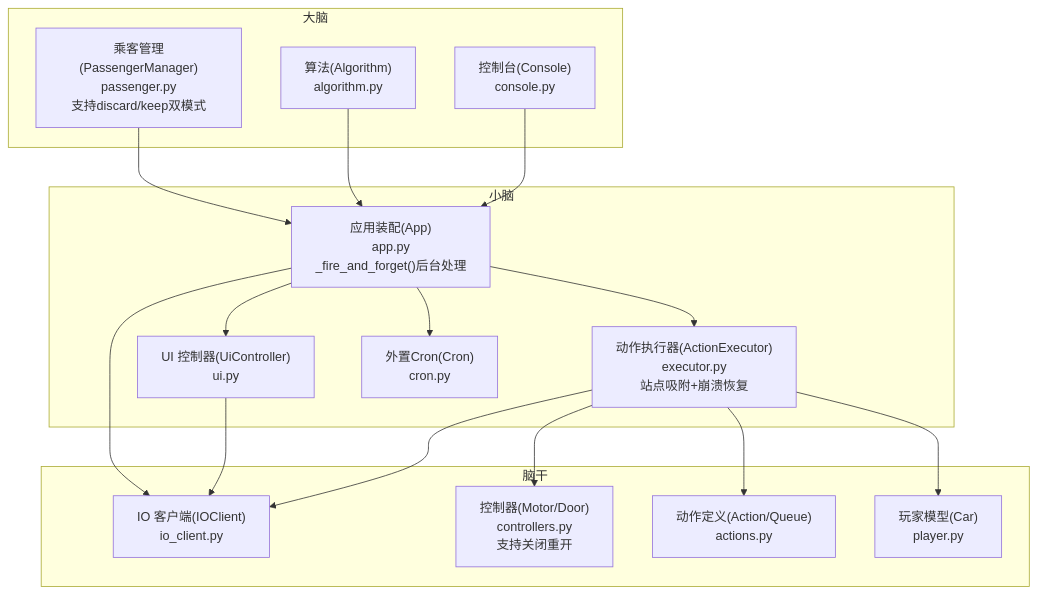
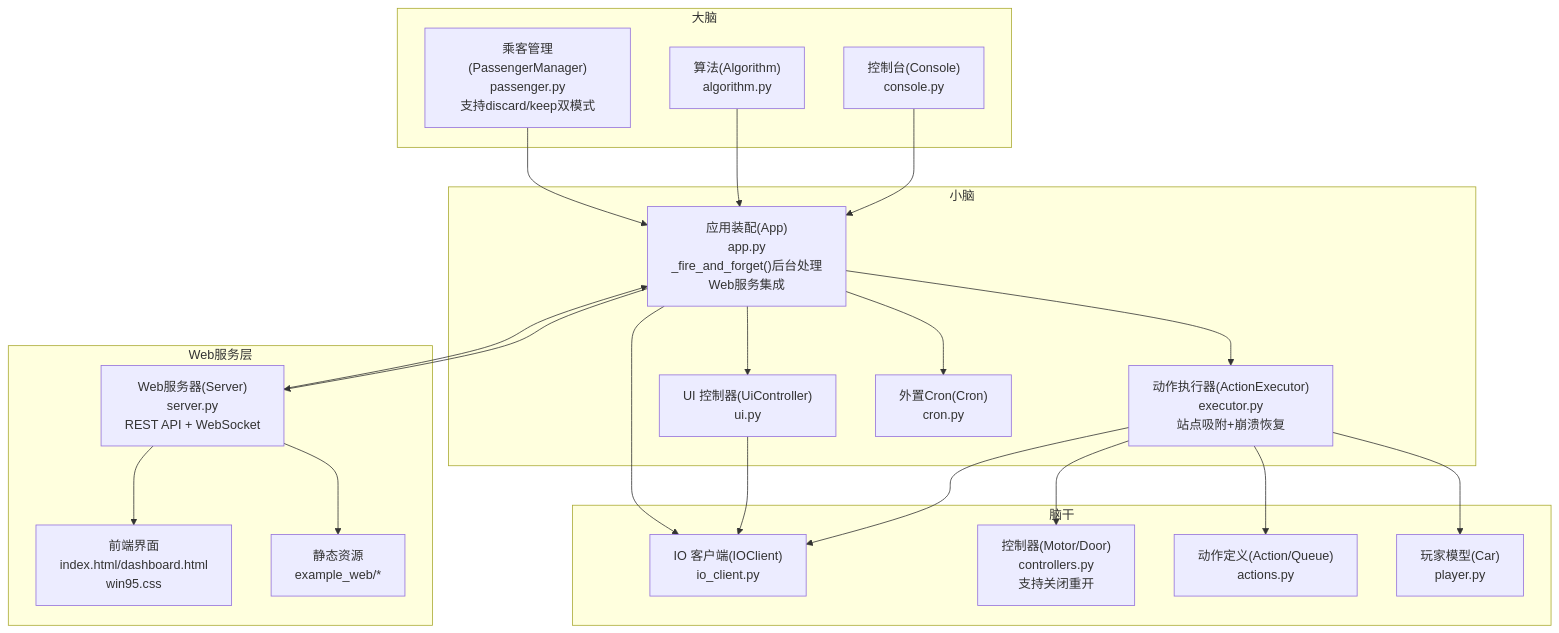
Before and after one commit to xmb505/Haku_EET: the first of 10 diagrams in .qoder/repowiki/zh/content/系统架构概览/系统架构概览.md, drawn with Mermaid. The commit also changed other lines of this file and 27 other files, not shown here.

````diff
--- a/.qoder/repowiki/zh/content/系统架构概览/系统架构概览.md
+++ b/.qoder/repowiki/zh/content/系统架构概览/系统架构概览.md
@@ -60,32 +68,41 @@
 ```mermaid
 graph TB
 subgraph "大脑"
 A["算法(Algorithm)<br/>algorithm.py"]
 B["乘客管理(PassengerManager)<br/>passenger.py<br/>支持discard/keep双模式"]
 C["控制台(Console)<br/>console.py"]
 end
 subgraph "小脑"
-D["应用装配(App)<br/>app.py<br/>_fire_and_forget()后台处理"]
+D["应用装配(App)<br/>app.py<br/>_fire_and_forget()后台处理<br/>Web服务集成"]
 E["动作执行器(ActionExecutor)<br/>executor.py<br/>站点吸附+崩溃恢复"]
 F["UI 控制器(UiController)<br/>ui.py"]
 G["外置Cron(Cron)<br/>cron.py"]
 end
 subgraph "脑干"
 H["IO 客户端(IOClient)<br/>io_client.py"]
 I["控制器(Motor/Door)<br/>controllers.py<br/>支持关闭重开"]
 J["动作定义(Action/Queue)<br/>actions.py"]
 K["玩家模型(Car)<br/>player.py"]
 end
+subgraph "Web服务层"
+L["Web服务器(Server)<br/>server.py<br/>REST API + WebSocket"]
+M["前端界面<br/>index.html/dashboard.html<br/>win95.css"]
+N["静态资源<br/>example_web/*"]
+end
 C --> D
 A --> D
 B --> D
 D --> E
 D --> F
 D --> G
+D --> L
 E --> I
 E --> H
 F --> H
 D --> H
 E --> J
 E --> K
+L --> M
+L --> N
+L --> D
 ```
````
